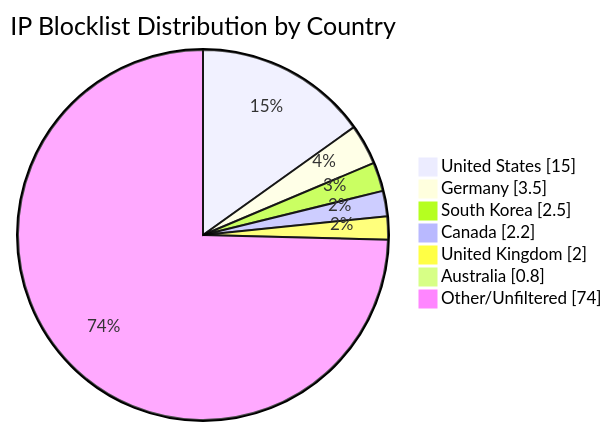
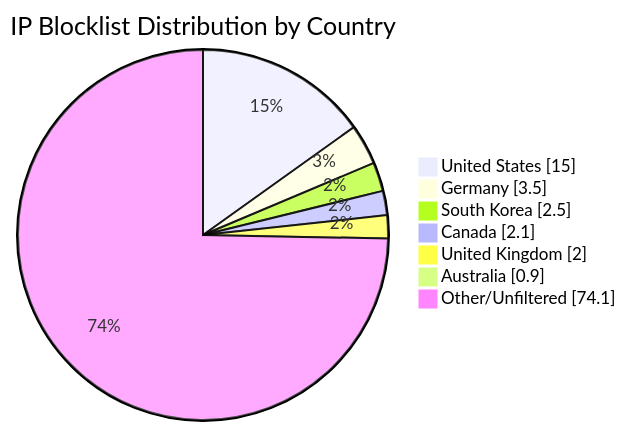
One commit to MarcusHoltz/ipblocklist-geofiltered-aggregator changed the diagram in README.md. Above: the diagram before and after it, drawn with Mermaid. The commit also changed other lines of this file and 9 other files, not shown here.

````diff
--- a/README.md
+++ b/README.md
@@ -34,10 +34,10 @@
 ```mermaid
 pie showData title IP Blocklist Distribution by Country
 "United States" : 15.0
 "Germany" : 3.5
 "South Korea" : 2.5
-"Canada" : 2.2
+"Canada" : 2.1
 "United Kingdom" : 2.0
-"Australia" : 0.8
-"Other/Unfiltered" : 74.0
+"Australia" : 0.9
+"Other/Unfiltered" : 74.1
 ```
````
